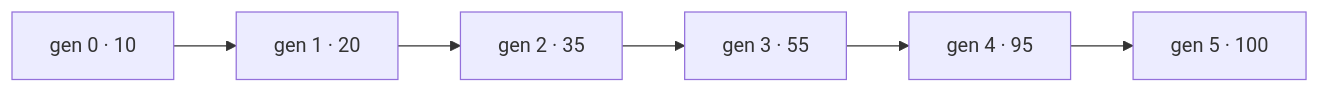
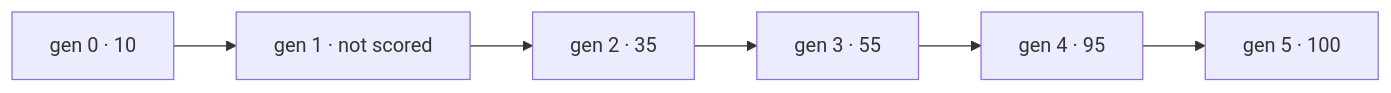
One commit to jaiykob/jkr changed the sixth of 6 diagrams in docs/superpowers/evolution.md. Above: the diagram before and after it, drawn with Mermaid. The commit also changed other lines of this file, not shown here.

Commit message:
Evolution log: round 3 gen 1 was never scored; say so instead of a number

````diff
--- a/docs/superpowers/evolution.md
+++ b/docs/superpowers/evolution.md
@@ -296,4 +296,4 @@
 ```mermaid
 graph LR
-  Q0["gen 0 · 10"] --> Q1["gen 1 · 20"] --> Q2["gen 2 · 35"] --> Q3["gen 3 · 55"] --> Q4["gen 4 · 95"] --> Q5["gen 5 · 100"]
+  Q0["gen 0 · 10"] --> Q1["gen 1 · not scored"] --> Q2["gen 2 · 35"] --> Q3["gen 3 · 55"] --> Q4["gen 4 · 95"] --> Q5["gen 5 · 100"]
 ```
````
